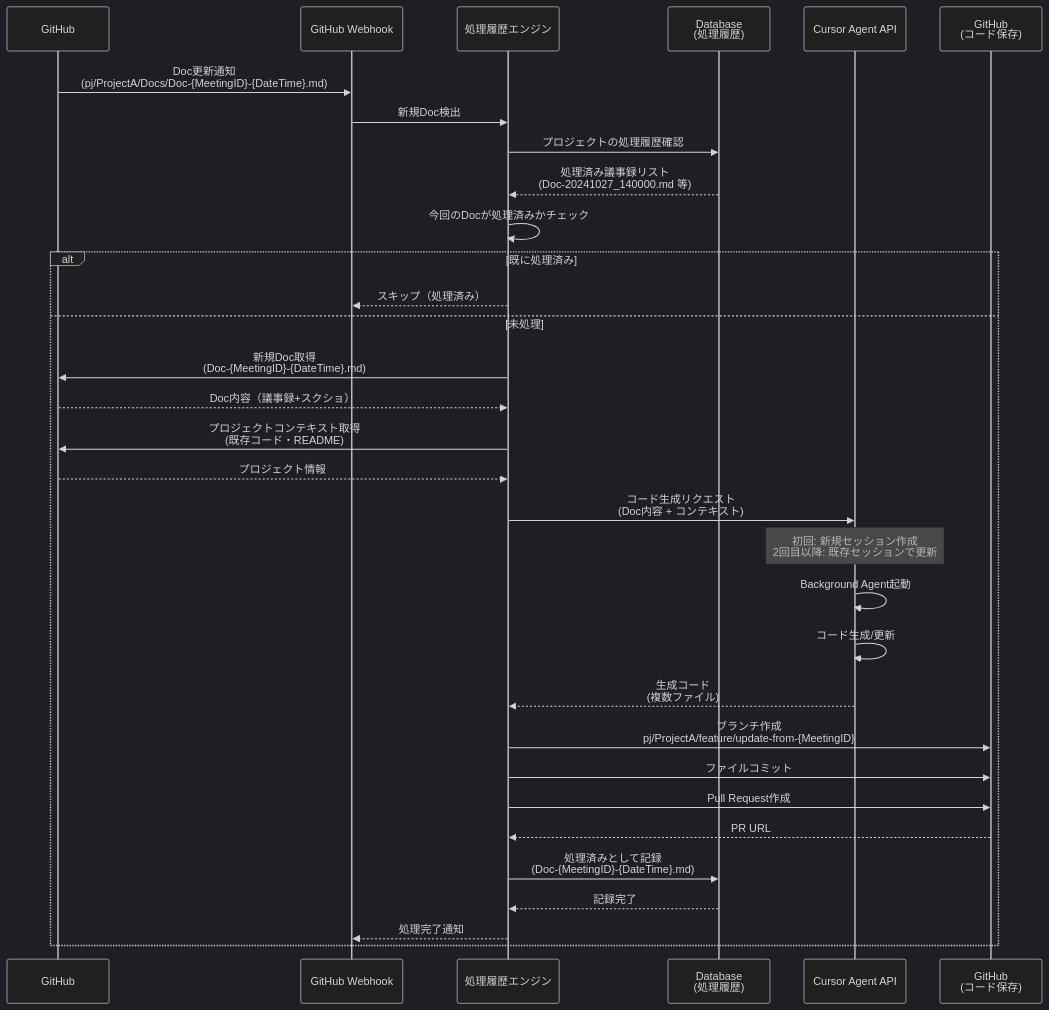
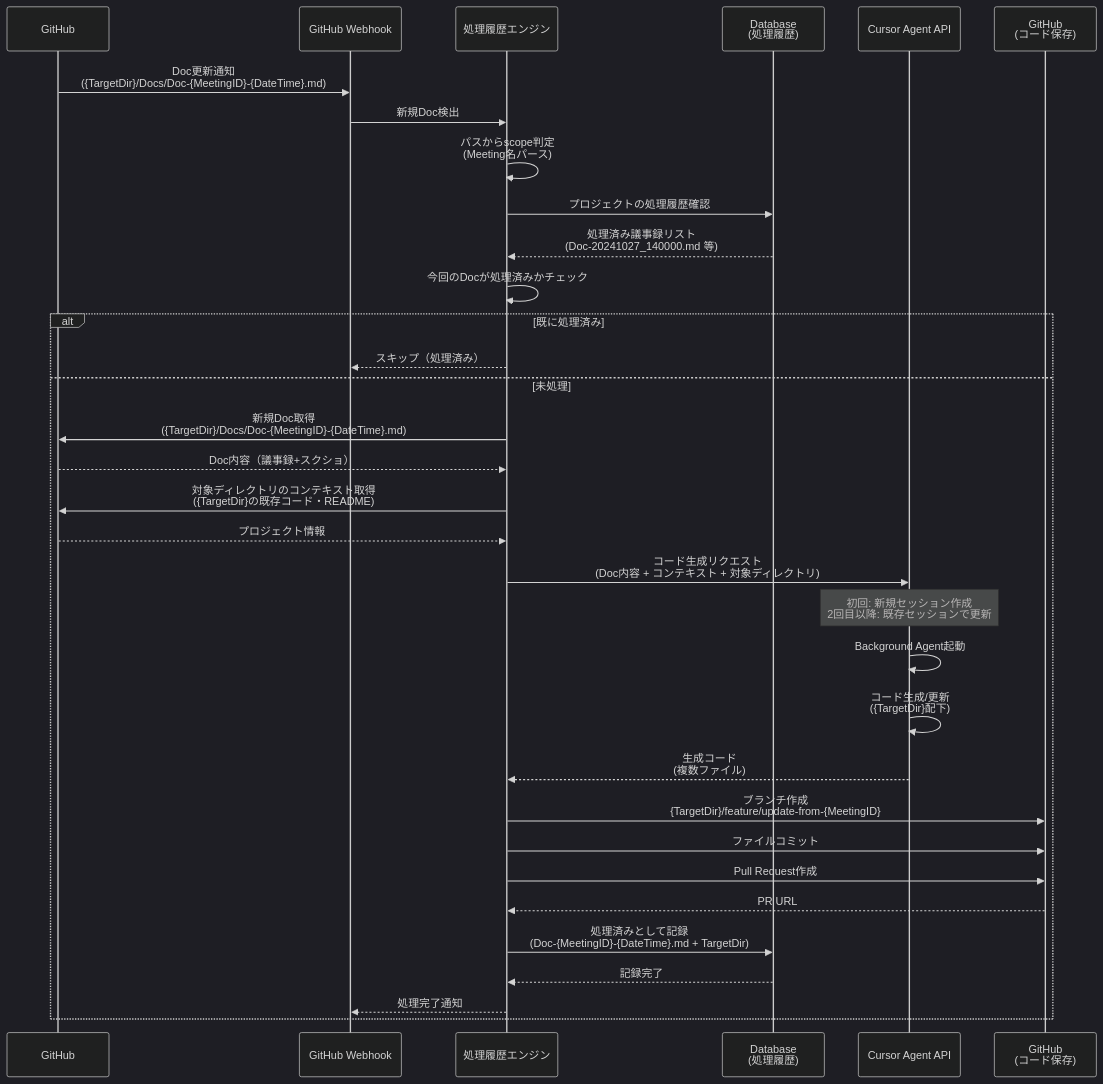
Before and after one commit to supertask/MentraAgent: the fifth of 10 diagrams in docs/RealworldAgent_Diagrams.md, drawn with Mermaid (dark theme). The commit also changed other lines of this file and 15 other files, not shown here.

````diff
--- a/docs/RealworldAgent_Diagrams.md
+++ b/docs/RealworldAgent_Diagrams.md
@@ -363,43 +367,45 @@
 ```mermaid
 sequenceDiagram
     participant GitHub as GitHub
     participant Webhook as GitHub Webhook
     participant ProcessingEngine as 処理履歴エンジン
     participant DB as Database<br/>(処理履歴)
     participant CursorAPI as Cursor Agent API
     participant GitHubCode as GitHub<br/>(コード保存)
     
-    GitHub->>Webhook: Doc更新通知<br/>(pj/ProjectA/Docs/Doc-{MeetingID}-{DateTime}.md)
+    GitHub->>Webhook: Doc更新通知<br/>({TargetDir}/Docs/Doc-{MeetingID}-{DateTime}.md)
     Webhook->>ProcessingEngine: 新規Doc検出
+    
+    ProcessingEngine->>ProcessingEngine: パスからscope判定<br/>(Meeting名パース)
     
     ProcessingEngine->>DB: プロジェクトの処理履歴確認
     DB-->>ProcessingEngine: 処理済み議事録リスト<br/>(Doc-20241027_140000.md 等)
     
     ProcessingEngine->>ProcessingEngine: 今回のDocが処理済みかチェック
     
     alt 既に処理済み
         ProcessingEngine-->>Webhook: スキップ（処理済み）
     else 未処理
-        ProcessingEngine->>GitHub: 新規Doc取得<br/>(Doc-{MeetingID}-{DateTime}.md)
+        ProcessingEngine->>GitHub: 新規Doc取得<br/>({TargetDir}/Docs/Doc-{MeetingID}-{DateTime}.md)
         GitHub-->>ProcessingEngine: Doc内容（議事録+スクショ）
         
-        ProcessingEngine->>GitHub: プロジェクトコンテキスト取得<br/>(既存コード・README)
+        ProcessingEngine->>GitHub: 対象ディレクトリのコンテキスト取得<br/>({TargetDir}の既存コード・README)
         GitHub-->>ProcessingEngine: プロジェクト情報
         
-        ProcessingEngine->>CursorAPI: コード生成リクエスト<br/>(Doc内容 + コンテキスト)
+        ProcessingEngine->>CursorAPI: コード生成リクエスト<br/>(Doc内容 + コンテキスト + 対象ディレクトリ)
         Note over CursorAPI: 初回: 新規セッション作成<br/>2回目以降: 既存セッションで更新
         CursorAPI->>CursorAPI: Background Agent起動
-        CursorAPI->>CursorAPI: コード生成/更新
+        CursorAPI->>CursorAPI: コード生成/更新<br/>({TargetDir}配下)
         CursorAPI-->>ProcessingEngine: 生成コード<br/>(複数ファイル)
         
-        ProcessingEngine->>GitHubCode: ブランチ作成<br/>pj/ProjectA/feature/update-from-{MeetingID}
+        ProcessingEngine->>GitHubCode: ブランチ作成<br/>{TargetDir}/feature/update-from-{MeetingID}
         ProcessingEngine->>GitHubCode: ファイルコミット
         ProcessingEngine->>GitHubCode: Pull Request作成
         GitHubCode-->>ProcessingEngine: PR URL
         
-        ProcessingEngine->>DB: 処理済みとして記録<br/>(Doc-{MeetingID}-{DateTime}.md)
+        ProcessingEngine->>DB: 処理済みとして記録<br/>(Doc-{MeetingID}-{DateTime}.md + TargetDir)
         DB-->>ProcessingEngine: 記録完了
         
         ProcessingEngine-->>Webhook: 処理完了通知
     end
 ```
````
